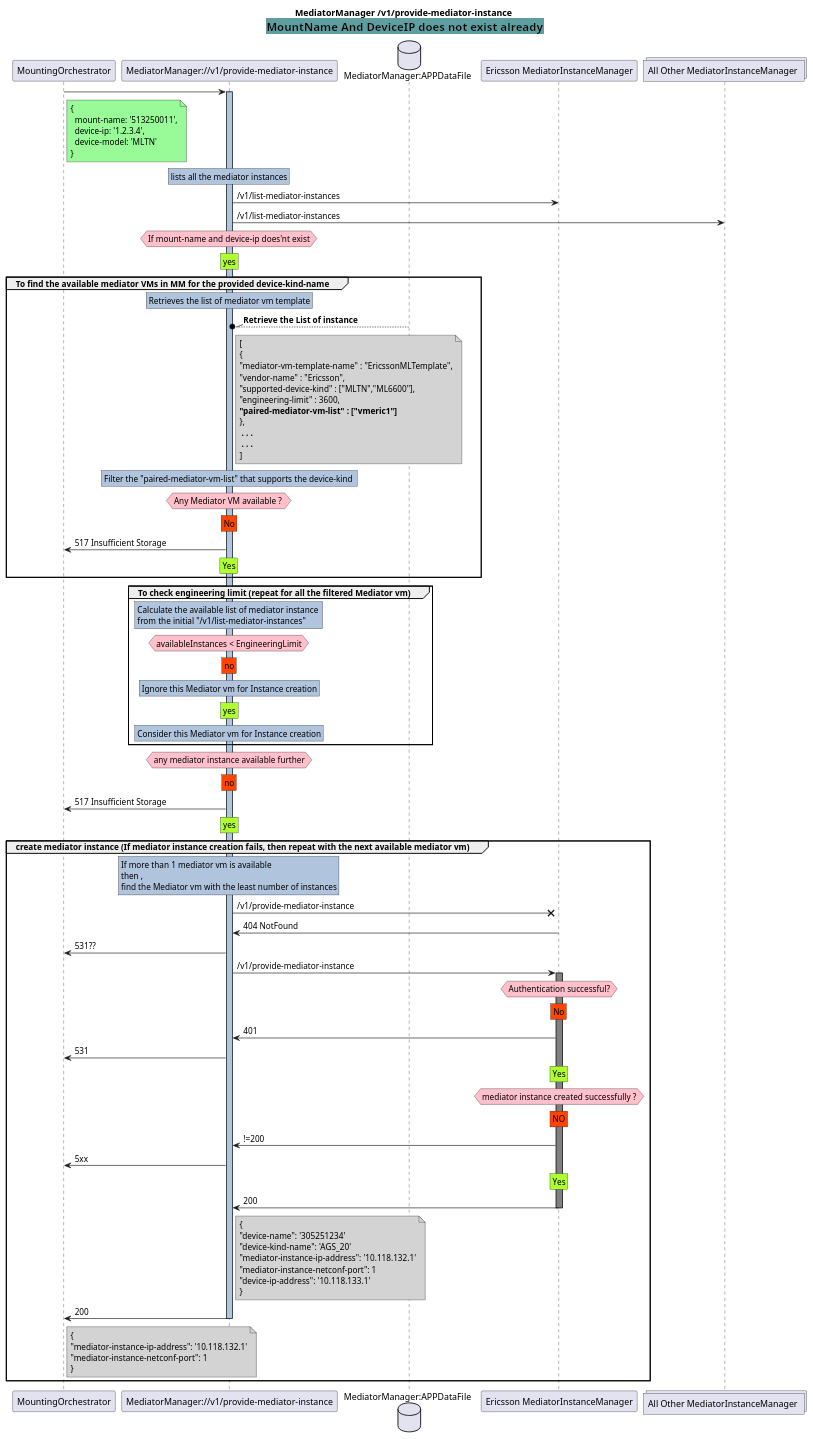
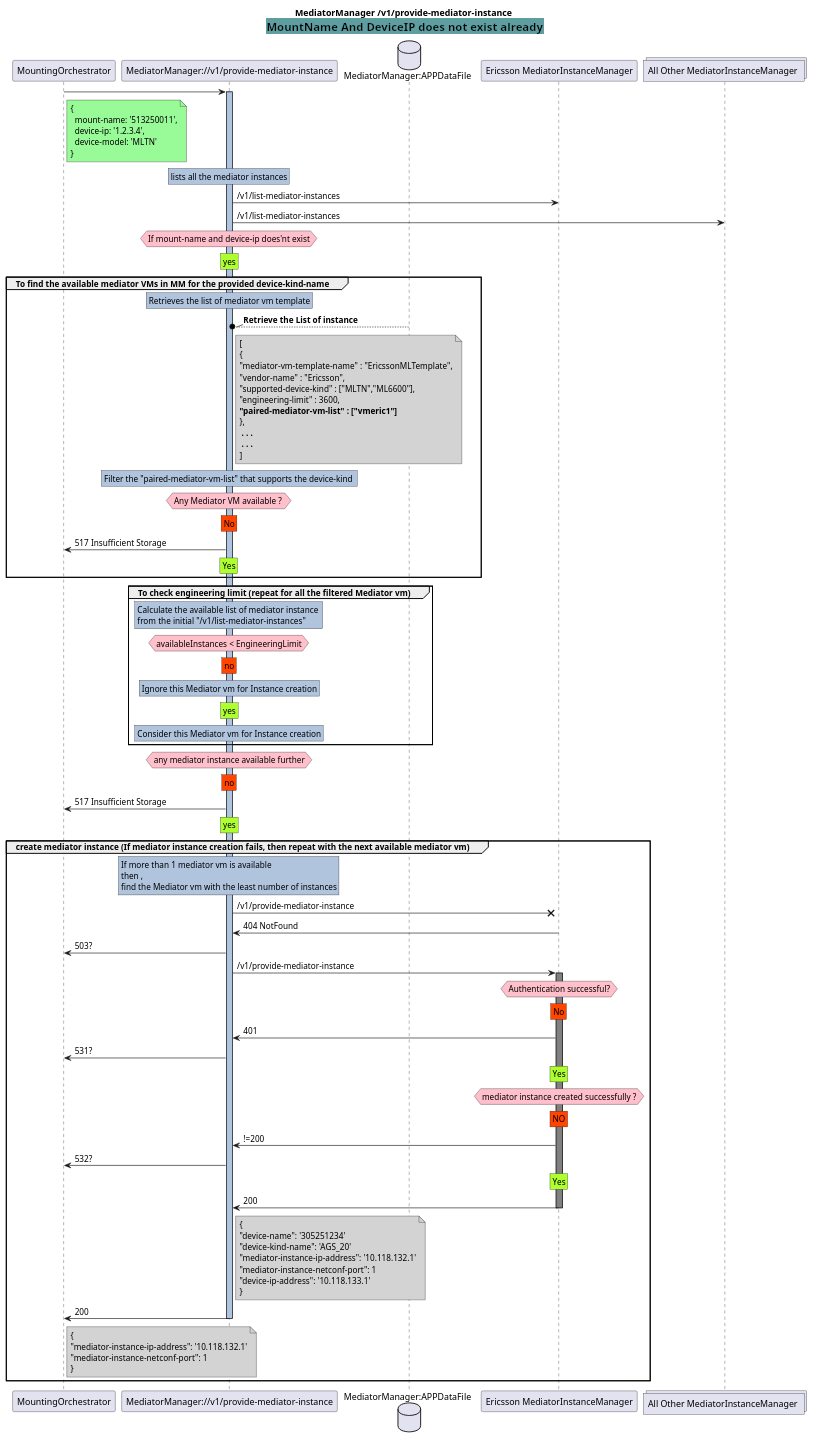
Before and after one commit to PrathibaJee/MediatorManager: the diagram in spec/diagrams/ProvideMediatorInstance/MountNameAndDeviceIPDoesnotExist.plantuml, drawn with PlantUML. The commit also changed 1 other file, not shown here.

```diff
--- a/spec/diagrams/ProvideMediatorInstance/MountNameAndDeviceIPDoesnotExist.plantuml
+++ b/spec/diagrams/ProvideMediatorInstance/MountNameAndDeviceIPDoesnotExist.plantuml
@@ -1,184 +1,184 @@
 @startuml MountNameAndDeviceIPDoesnotExist
 skinparam responseMessageBelowArrow true
 
 title
 MediatorManager /v1/provide-mediator-instance 
 <back:cadetblue><size:18>MountName And DeviceIP does not exist already</size></back>
 end title
 
 participant "MountingOrchestrator" as MO
 participant "MediatorManager://v1/provide-mediator-instance" as MM
 database "MediatorManager:APPDataFile" as AppData
 participant "Ericsson MediatorInstanceManager" as EMIM
 collections "All Other MediatorInstanceManager " as AMIM
 
 
 MO -> MM : 
 note right MO #PaleGreen
     { 
       mount-name: '513250011',
       device-ip: '1.2.3.4',
       device-model: 'MLTN'
     }
 end note
 activate MM #LightSteelBlue
 
 rnote over MM #LightSteelBlue
     lists all the mediator instances
 end note
 
 MM -> EMIM : /v1/list-mediator-instances
 
 MM -> AMIM : /v1/list-mediator-instances
 
 hnote over MM #Pink
     If mount-name and device-ip does'nt exist
 end note
 
 rnote over MM #GreenYellow
     yes
 end note
 
 group To find the available mediator VMs in MM for the provided device-kind-name
     rnote over MM #LightSteelBlue
         Retrieves the list of mediator vm template
     end note
 
     AppData --\\o MM : <b>Retrieve the List of instance
     note right MM #LightGray
         [
         {
         "mediator-vm-template-name" : "EricssonMLTemplate",
         "vendor-name" : "Ericsson",
         "supported-device-kind" : ["MLTN","ML6600"],
         "engineering-limit" : 3600,
         <b>"paired-mediator-vm-list" : ["vmeric1"]
         },
         <b> . . .
         <b> . . .
         ]
     end note
 
     rnote over MM #LightSteelBlue
         Filter the "paired-mediator-vm-list" that supports the device-kind 
     end note
 
     hnote over MM #Pink
         Any Mediator VM available ? 
     end note
 
     rnote over MM #OrangeRed
         No
     end note
 
     MM -> MO : 517 Insufficient Storage
 
     rnote over MM #GreenYellow
         Yes
     end note
 
 end
 
 group To check engineering limit (repeat for all the filtered Mediator vm)
     rnote over MM #LightSteelBlue
         Calculate the available list of mediator instance 
         from the initial "/v1/list-mediator-instances"
     end note
 
     hnote over MM #Pink
         availableInstances < EngineeringLimit
     end note
 
     rnote over MM #OrangeRed
         no
     end note
 
     rnote over MM #LightSteelBlue
         Ignore this Mediator vm for Instance creation
     end note
 
     rnote over MM #GreenYellow
         yes
     end note
 
     rnote over MM #LightSteelBlue
         Consider this Mediator vm for Instance creation
     end note
 end
 
 hnote over MM #Pink
     any mediator instance available further
 end note
 
 rnote over MM #OrangeRed
     no
 end note
 
 MM -> MO : 517 Insufficient Storage
 
 rnote over MM #GreenYellow
     yes
 end note
 
 group create mediator instance (If mediator instance creation fails, then repeat with the next available mediator vm)
         rnote over MM #LightSteelBlue
                 If more than 1 mediator vm is available 
                 then , 
                 find the Mediator vm with the least number of instances
         end note
 
         MM -x EMIM : /v1/provide-mediator-instance
         EMIM -> MM : 404 NotFound
-        MM -> MO : 531??
+        MM -> MO : 503?
 
         MM -> EMIM : /v1/provide-mediator-instance
         activate EMIM #Grey
         hnote over EMIM #pink
         Authentication successful?
         end note
         rnote over EMIM #OrangeRed
         No
         end note
         EMIM -> MM : 401
-        MM -> MO : 531
+        MM -> MO : 531?
 
         rnote over EMIM #GreenYellow
         Yes
         end note
         hnote over EMIM #pink
         mediator instance created successfully ?
         end note
         rnote over EMIM #OrangeRed
         NO
         end note
         EMIM -> MM : !=200
-        MM -> MO : 5xx
+        MM -> MO : 532?
 
         rnote over EMIM #GreenYellow
         Yes
         end note
 
         EMIM -> MM : 200
         note right MM #LightGray
         {
         "device-name": '305251234'
         "device-kind-name": 'AGS_20'
         "mediator-instance-ip-address": '10.118.132.1'
         "mediator-instance-netconf-port": 1
         "device-ip-address": '10.118.133.1'
         }
         end note
 
         deactivate EMIM
         
         MM -> MO : 200 
         deactivate MM
         note right MO #LightGray
         {
         "mediator-instance-ip-address": '10.118.132.1'
         "mediator-instance-netconf-port": 1
         }
         end note
 end
 
 @enduml
```
